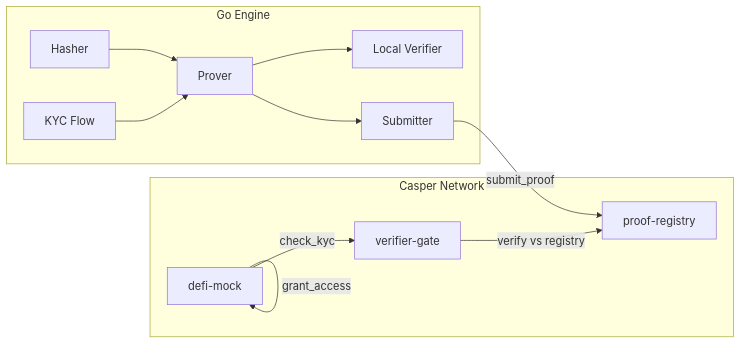
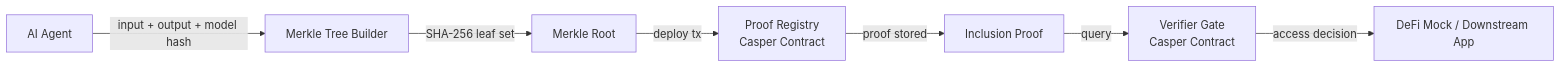
Before and after one commit to anna-stolbovskaja/CasperProver: the diagram in README.md, drawn with Mermaid. The commit also changed other lines of this file and 5 other files, not shown here.

````diff
--- a/README.md
+++ b/README.md
@@ -145,20 +45,9 @@
 ```mermaid
 flowchart LR
-    subgraph Engine["Go Engine"]
-        H[Hasher] --> P[Prover]
-        P --> V[Local Verifier]
-        P --> S[Submitter]
-        KYC[KYC Flow] --> P
-    end
-
-    subgraph Casper["Casper Network"]
-        PR[proof-registry]
-        VG[verifier-gate]
-        DM[defi-mock]
-    end
-
-    S -->|submit_proof| PR
-    VG -->|verify vs registry| PR
-    DM -->|check_kyc| VG
-    DM -->|grant_access| DM
+    A[AI Agent] -->|input + output + model hash| B[Merkle Tree Builder]
+    B -->|SHA-256 leaf set| C[Merkle Root]
+    C -->|deploy tx| D[Proof Registry\nCasper Contract]
+    D -->|proof stored| E[Inclusion Proof]
+    E -->|query| F[Verifier Gate\nCasper Contract]
+    F -->|access decision| G[DeFi Mock / Downstream App]
 ```
````
